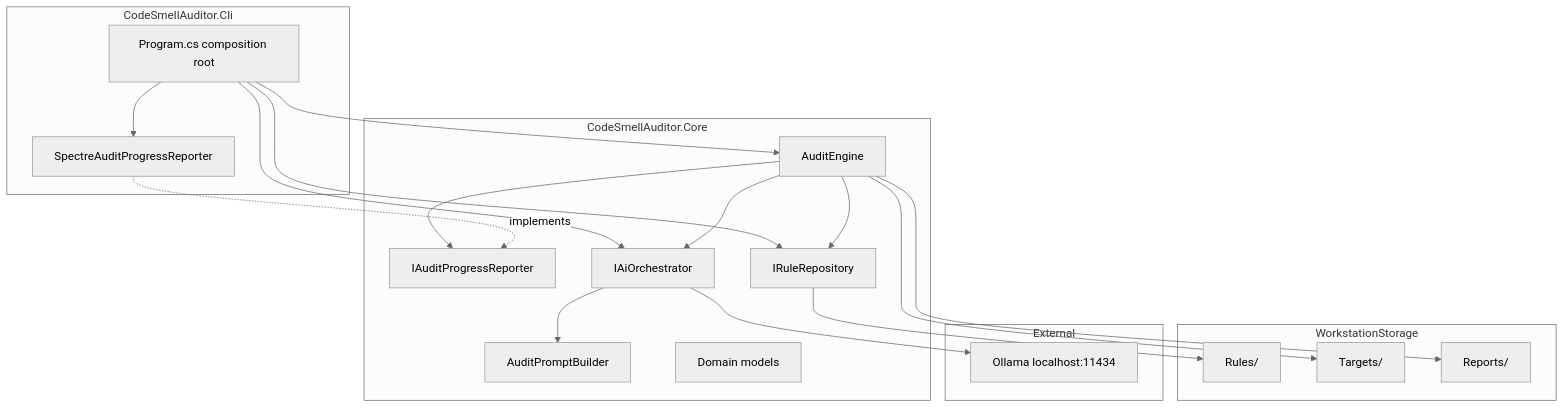
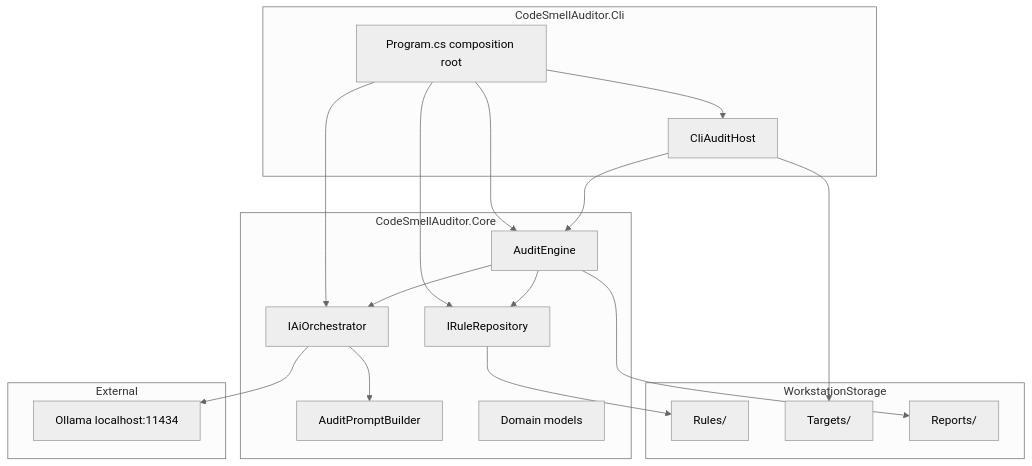
One commit to TimoKuronen/CodeSmellAuditor changed the diagram in docs/architecture.md. Above: the diagram before and after it, drawn with Mermaid (neutral theme). The commit also changed other lines of this file and 11 other files, not shown here.

First line of the commit message:
Move Status UX into CliAuditHost with file-level Core API.

````diff
--- a/docs/architecture.md
+++ b/docs/architecture.md
@@ -7,40 +7,38 @@
 ```mermaid
 flowchart TB
     subgraph cli [CodeSmellAuditor.Cli]
         Program[Program.cs composition root]
-        Reporter[SpectreAuditProgressReporter]
+        Host[CliAuditHost]
     end
 
     subgraph core [CodeSmellAuditor.Core]
         Engine[AuditEngine]
-        Progress[IAuditProgressReporter]
         Rules[IRuleRepository]
         AI[IAiOrchestrator]
         PromptBuilder[AuditPromptBuilder]
         Models[Domain models]
     end
 
     subgraph storage [WorkstationStorage]
         RulesFolder[Rules/]
         TargetsFolder[Targets/]
         ReportsFolder[Reports/]
     end
 
     subgraph external [External]
         Ollama[Ollama localhost:11434]
     end
 
+    Program --> Host
     Program --> Engine
     Program --> Rules
     Program --> AI
-    Program --> Reporter
-    Engine --> Progress
-    Reporter -.implements.-> Progress
+    Host --> Engine
     Engine --> Rules
     Engine --> AI
     AI --> PromptBuilder
     Rules --> RulesFolder
-    Engine --> TargetsFolder
+    Host --> TargetsFolder
     Engine --> ReportsFolder
     AI --> Ollama
 ```
````
